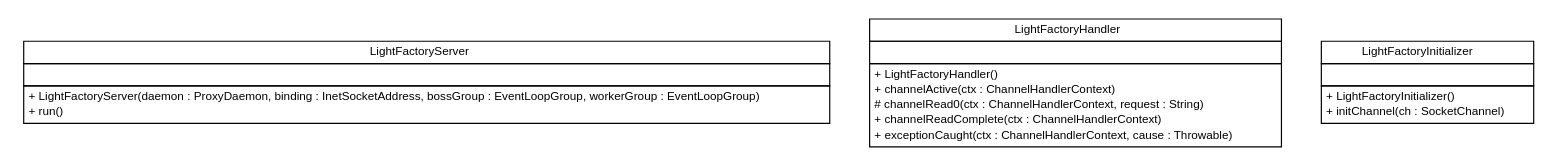
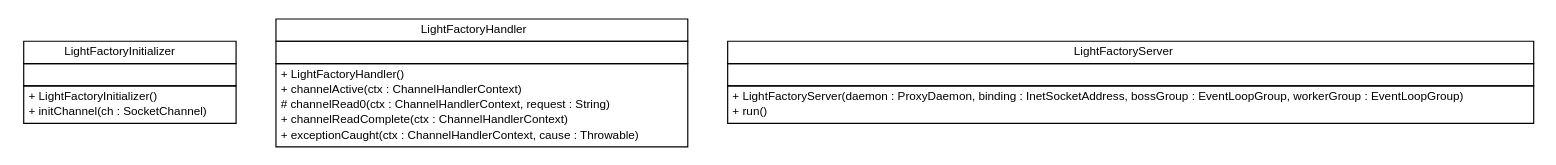
Before and after one commit to pcross616/lf-osc-proxy: the diagram in apidocs/com/xley/lfosc/lightfactory/server/com.xley.lfosc.lightfactory.server.dot, drawn with Graphviz. The commit also changed 343 other files, not shown here.

```diff
--- a/apidocs/com/xley/lfosc/lightfactory/server/com.xley.lfosc.lightfactory.server.dot
+++ b/apidocs/com/xley/lfosc/lightfactory/server/com.xley.lfosc.lightfactory.server.dot
@@ -1,54 +1,54 @@
 #!/usr/local/bin/dot
 #
 # Class diagram 
 # Generated by UMLGraph version R5_6 (http://www.umlgraph.org/)
 #
 
 digraph G {
 	edge [fontname="Helvetica",fontsize=10,labelfontname="Helvetica",labelfontsize=10];
 	node [fontname="Helvetica",fontsize=10,shape=plaintext];
 	nodesep=0.25;
 	ranksep=0.5;
-	// com.xley.lfosc.lightfactory.server.LightFactoryServer
-	c129 [label=<<table title="com.xley.lfosc.lightfactory.server.LightFactoryServer" border="0" cellborder="1" cellspacing="0" cellpadding="2" port="p" href="./LightFactoryServer.html">
+	// com.xley.lfosc.lightfactory.server.LightFactoryInitializer
+	c334 [label=<<table title="com.xley.lfosc.lightfactory.server.LightFactoryInitializer" border="0" cellborder="1" cellspacing="0" cellpadding="2" port="p" href="./LightFactoryInitializer.html">
 		<tr><td><table border="0" cellspacing="0" cellpadding="1">
-<tr><td align="center" balign="center"> LightFactoryServer </td></tr>
+<tr><td align="center" balign="center"> LightFactoryInitializer </td></tr>
 		</table></td></tr>
 		<tr><td><table border="0" cellspacing="0" cellpadding="1">
 <tr><td align="left" balign="left">  </td></tr>
 		</table></td></tr>
 		<tr><td><table border="0" cellspacing="0" cellpadding="1">
-<tr><td align="left" balign="left"> + LightFactoryServer(daemon : ProxyDaemon, binding : InetSocketAddress, bossGroup : EventLoopGroup, workerGroup : EventLoopGroup) </td></tr>
-<tr><td align="left" balign="left"> + run() </td></tr>
+<tr><td align="left" balign="left"> + LightFactoryInitializer() </td></tr>
+<tr><td align="left" balign="left"> + initChannel(ch : SocketChannel) </td></tr>
 		</table></td></tr>
-		</table>>, URL="./LightFactoryServer.html", fontname="Helvetica", fontcolor="black", fontsize=10.0];
+		</table>>, URL="./LightFactoryInitializer.html", fontname="Helvetica", fontcolor="black", fontsize=10.0];
 	// com.xley.lfosc.lightfactory.server.LightFactoryHandler
-	c130 [label=<<table title="com.xley.lfosc.lightfactory.server.LightFactoryHandler" border="0" cellborder="1" cellspacing="0" cellpadding="2" port="p" href="./LightFactoryHandler.html">
+	c335 [label=<<table title="com.xley.lfosc.lightfactory.server.LightFactoryHandler" border="0" cellborder="1" cellspacing="0" cellpadding="2" port="p" href="./LightFactoryHandler.html">
 		<tr><td><table border="0" cellspacing="0" cellpadding="1">
 <tr><td align="center" balign="center"> LightFactoryHandler </td></tr>
 		</table></td></tr>
 		<tr><td><table border="0" cellspacing="0" cellpadding="1">
 <tr><td align="left" balign="left">  </td></tr>
 		</table></td></tr>
 		<tr><td><table border="0" cellspacing="0" cellpadding="1">
 <tr><td align="left" balign="left"> + LightFactoryHandler() </td></tr>
 <tr><td align="left" balign="left"> + channelActive(ctx : ChannelHandlerContext) </td></tr>
 <tr><td align="left" balign="left"> # channelRead0(ctx : ChannelHandlerContext, request : String) </td></tr>
 <tr><td align="left" balign="left"> + channelReadComplete(ctx : ChannelHandlerContext) </td></tr>
 <tr><td align="left" balign="left"> + exceptionCaught(ctx : ChannelHandlerContext, cause : Throwable) </td></tr>
 		</table></td></tr>
 		</table>>, URL="./LightFactoryHandler.html", fontname="Helvetica", fontcolor="black", fontsize=10.0];
-	// com.xley.lfosc.lightfactory.server.LightFactoryInitializer
-	c131 [label=<<table title="com.xley.lfosc.lightfactory.server.LightFactoryInitializer" border="0" cellborder="1" cellspacing="0" cellpadding="2" port="p" href="./LightFactoryInitializer.html">
+	// com.xley.lfosc.lightfactory.server.LightFactoryServer
+	c336 [label=<<table title="com.xley.lfosc.lightfactory.server.LightFactoryServer" border="0" cellborder="1" cellspacing="0" cellpadding="2" port="p" href="./LightFactoryServer.html">
 		<tr><td><table border="0" cellspacing="0" cellpadding="1">
-<tr><td align="center" balign="center"> LightFactoryInitializer </td></tr>
+<tr><td align="center" balign="center"> LightFactoryServer </td></tr>
 		</table></td></tr>
 		<tr><td><table border="0" cellspacing="0" cellpadding="1">
 <tr><td align="left" balign="left">  </td></tr>
 		</table></td></tr>
 		<tr><td><table border="0" cellspacing="0" cellpadding="1">
-<tr><td align="left" balign="left"> + LightFactoryInitializer() </td></tr>
-<tr><td align="left" balign="left"> + initChannel(ch : SocketChannel) </td></tr>
+<tr><td align="left" balign="left"> + LightFactoryServer(daemon : ProxyDaemon, binding : InetSocketAddress, bossGroup : EventLoopGroup, workerGroup : EventLoopGroup) </td></tr>
+<tr><td align="left" balign="left"> + run() </td></tr>
 		</table></td></tr>
-		</table>>, URL="./LightFactoryInitializer.html", fontname="Helvetica", fontcolor="black", fontsize=10.0];
+		</table>>, URL="./LightFactoryServer.html", fontname="Helvetica", fontcolor="black", fontsize=10.0];
 }
```
